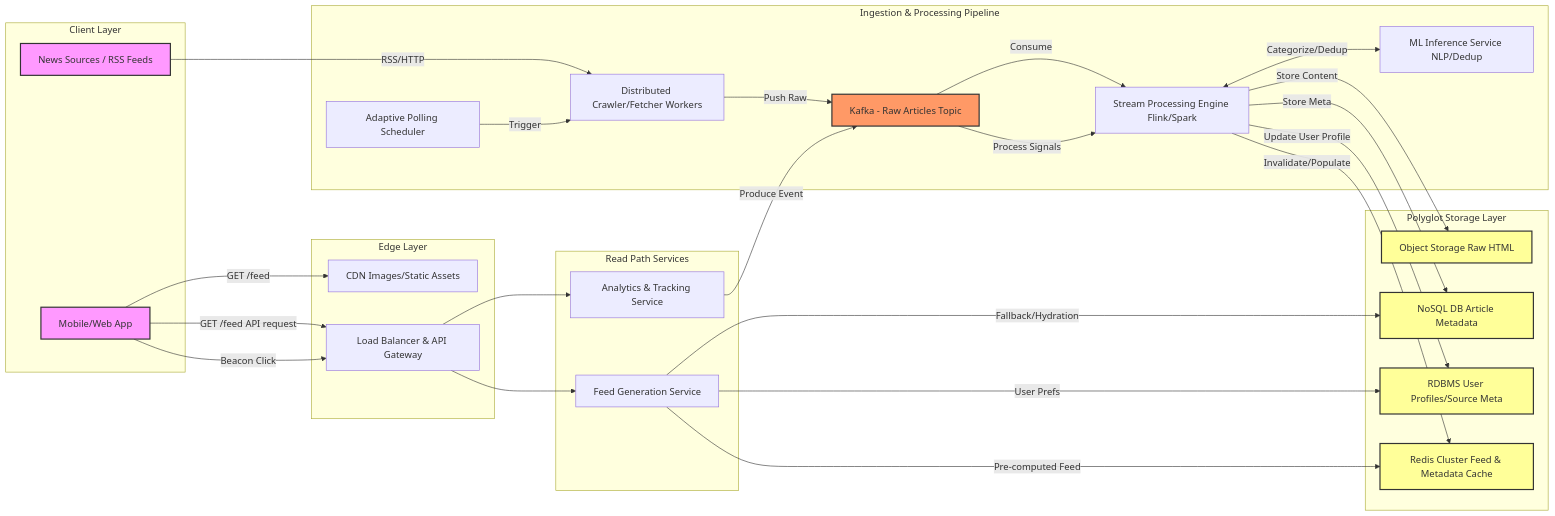
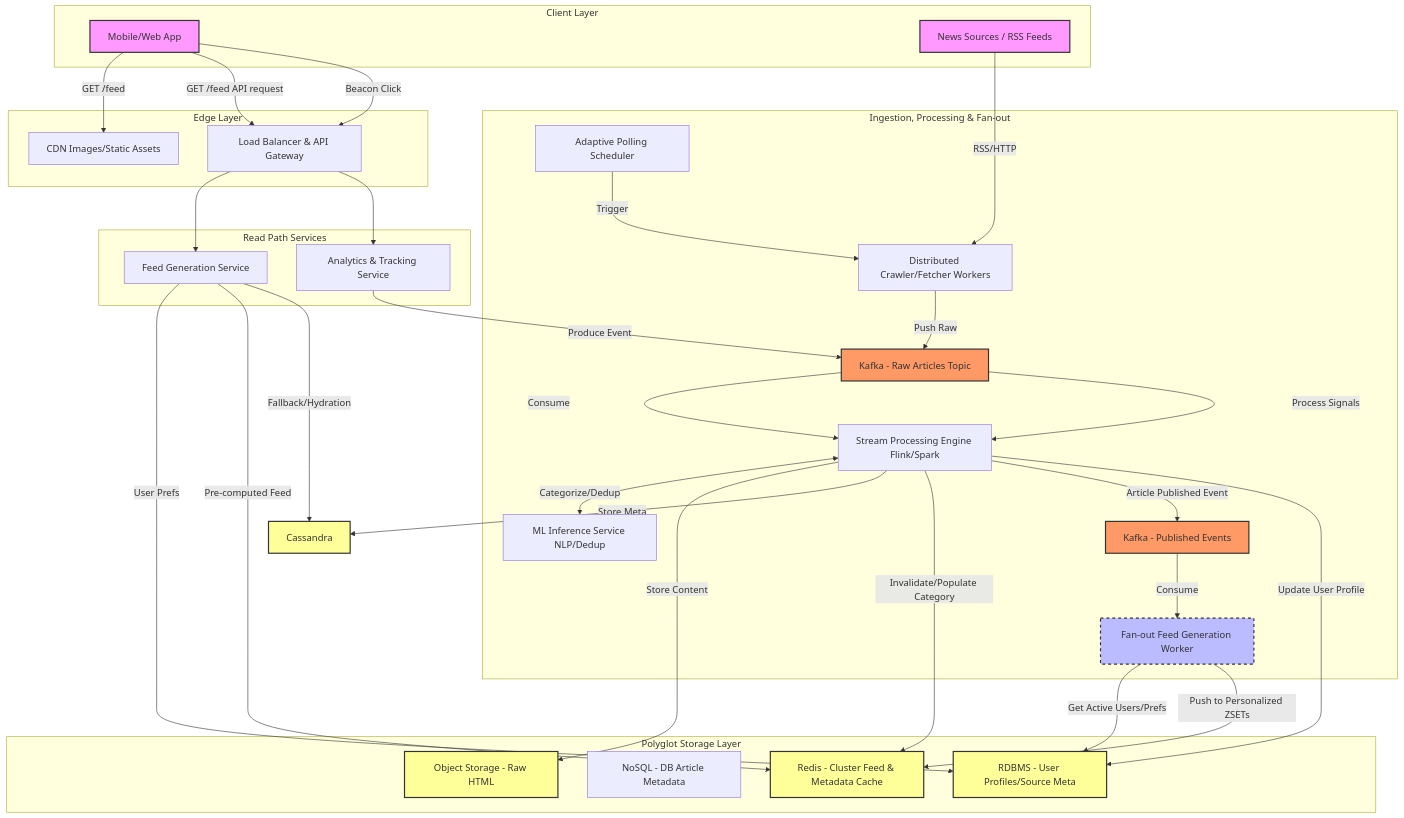
One commit to Goutam1511/Interview-Preparation changed the diagram in System Design HLD/Google News Aggregator/HLD.md. Above: the diagram before and after it, drawn with Mermaid. The commit also changed other lines of this file, not shown here.

Commit message:
Revise HLD and enhance data layer documentation
Updated HLD diagram and data layer details for Google News Aggregator, including new components and caching strategies.

````diff
--- a/System Design HLD/Google News Aggregator/HLD.md
+++ b/System Design HLD/Google News Aggregator/HLD.md
@@ -1,59 +1,84 @@
 ```mermaid
 
-flowchart LR
- subgraph Clients["Client Layer"]
-        UserApp["Mobile/Web App"]
-        Publisher["News Sources / RSS Feeds"]
-  end
- subgraph Edge["Edge Layer"]
-        CDN["CDN Images/Static Assets"]
-        LB["Load Balancer & API Gateway"]
-  end
- subgraph ReadPath["Read Path Services"]
-        FeedServ["Feed Generation Service"]
-        AnalServ["Analytics & Tracking Service"]
-  end
- subgraph WritePath["Ingestion & Processing Pipeline"]
-        Scheduler["Adaptive Polling Scheduler"]
-        Crawler["Distributed Crawler/Fetcher Workers"]
-        RawKafka["Kafka - Raw Articles Topic"]
-        StreamProc["Stream Processing Engine Flink/Spark"]
-        MLServ["ML Inference Service NLP/Dedup"]
-  end
- subgraph DataStore["Polyglot Storage Layer"]
-        S3["Object Storage Raw HTML"]
-        Cassandra["NoSQL DB Article Metadata"]
-        Postgres["RDBMS User Profiles/Source Meta"]
-        Redis["Redis Cluster Feed & Metadata Cache"]
-  end
-    Publisher -- RSS/HTTP --> Crawler
-    Scheduler -- Trigger --> Crawler
-    Crawler -- Push Raw --> RawKafka
-    RawKafka -- Consume --> StreamProc
-    StreamProc <-- Categorize/Dedup --> MLServ
-    StreamProc -- Store Content --> S3
-    StreamProc -- Store Meta --> Cassandra
-    StreamProc -- Invalidate/Populate --> Redis
-    UserApp -- GET /feed --> CDN
-    UserApp -- GET /feed API request --> LB
-    LB --> FeedServ & AnalServ
-    FeedServ -- User Prefs --> Postgres
-    FeedServ -- "Pre-computed Feed" --> Redis
-    FeedServ -- Fallback/Hydration --> Cassandra
-    UserApp -- Beacon Click --> LB
-    AnalServ -- Produce Event --> RawKafka
-    RawKafka -- Process Signals --> StreamProc
-    StreamProc -- Update User Profile --> Postgres
+graph TD
+    %% User/External Space
+    subgraph Clients ["Client Layer"]
+        UserApp[Mobile/Web App]
+        Publisher[News Sources / RSS Feeds]
+    end
 
-     UserApp:::external
-     Publisher:::external
-     RawKafka:::messaging
-     S3:::storage
-     Cassandra:::storage
-     Postgres:::storage
-     Redis:::storage
-    classDef external fill:#f9f,stroke:#333,stroke-width:2px
-    classDef storage fill:#ff9,stroke:#333,stroke-width:2px
-    classDef messaging fill:#f96,stroke:#333,stroke-width:2px
+    %% Edge Layer
+    subgraph Edge ["Edge Layer"]
+        CDN[CDN Images/Static Assets]
+        LB[Load Balancer & API Gateway]
+    end
+
+    %% Read Path (Synchronous)
+    subgraph ReadPath ["Read Path Services"]
+        FeedServ[Feed Generation Service]
+        AnalServ[Analytics & Tracking Service]
+    end
+
+    %% Write Path & Fan-out (Asynchronous)
+    subgraph WritePath ["Ingestion, Processing & Fan-out"]
+        Scheduler[Adaptive Polling Scheduler]
+        Crawler[Distributed Crawler/Fetcher Workers]
+        RawKafka[Kafka - Raw Articles Topic]
+        StreamProc[Stream Processing Engine Flink/Spark]
+        MLServ[ML Inference Service NLP/Dedup]
+        EventKafka[Kafka - Published Events]
+        FanOutWorker[Fan-out Feed Generation Worker]
+    end
+
+    %% Data Layer
+    subgraph DataStore ["Polyglot Storage Layer"]
+        S3[Object Storage - Raw HTML]
+        DynamoDB[NoSQL - DB Article Metadata]
+        Postgres[RDBMS - User Profiles/Source Meta]
+        Redis[Redis - Cluster Feed & Metadata Cache]
+    end
+
+    %% Interactions
+    %% Ingestion Flow
+    Publisher -->|RSS/HTTP| Crawler
+    Scheduler -->|Trigger| Crawler
+    Crawler -->|Push Raw| RawKafka
+    RawKafka -->|Consume| StreamProc
+    StreamProc <-->|Categorize/Dedup| MLServ
+    StreamProc -->|Store Content| S3
+    StreamProc -->|Store Meta| Cassandra
+    StreamProc -->|Invalidate/Populate Category| Redis
+    
+    %% Fan-out Flow (NEW)
+    StreamProc -->|Article Published Event| EventKafka
+    EventKafka -->|Consume| FanOutWorker
+    FanOutWorker -->|Get Active Users/Prefs| Postgres
+    FanOutWorker -->|Push to Personalized ZSETs| Redis
+
+    %% Read Flow
+    UserApp -->|GET /feed| CDN
+    UserApp -->|GET /feed API request| LB
+    LB --> FeedServ
+    FeedServ -->|User Prefs| Postgres
+    FeedServ -->|Pre-computed Feed| Redis
+    FeedServ -->|Fallback/Hydration| Cassandra
+
+    %% Analytics Flow
+    UserApp -->|Beacon Click| LB
+    LB --> AnalServ
+    AnalServ -->|Produce Event| RawKafka
+    RawKafka -->|Process Signals| StreamProc
+    StreamProc -->|Update User Profile| Postgres
+
+    %% Styling
+    classDef external fill:#f9f,stroke:#333,stroke-width:2px;
+    classDef storage fill:#ff9,stroke:#333,stroke-width:2px;
+    classDef messaging fill:#f96,stroke:#333,stroke-width:2px;
+    classDef newComponent fill:#bbf,stroke:#333,stroke-width:2px,stroke-dasharray: 5 5;
+    
+    class Publisher,UserApp external;
+    class S3,Cassandra,Postgres,Redis storage;
+    class RawKafka,EventKafka messaging;
+    class FanOutWorker newComponent;
 
 ```
````
